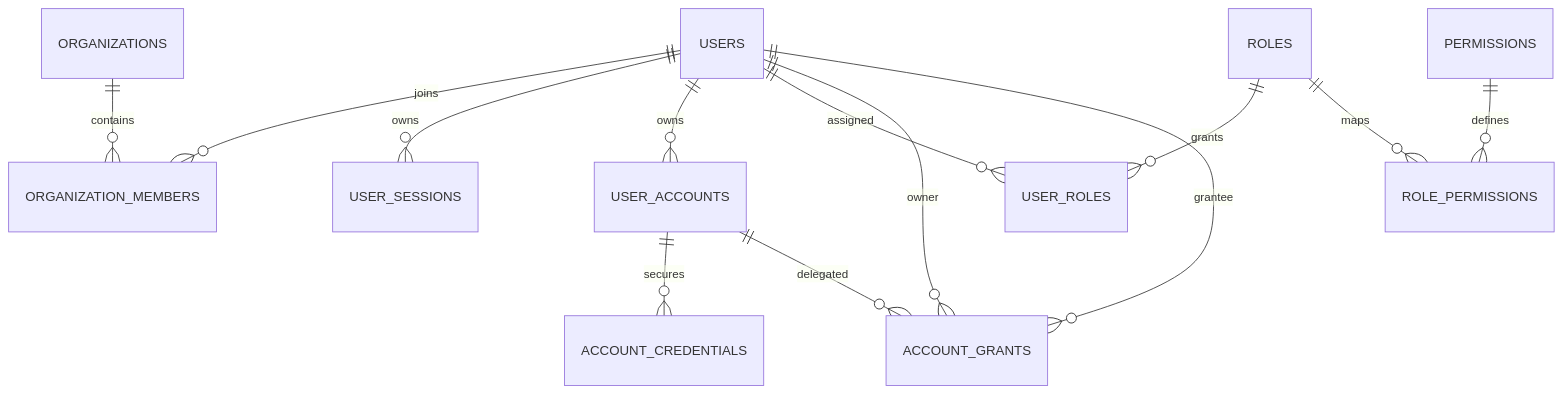
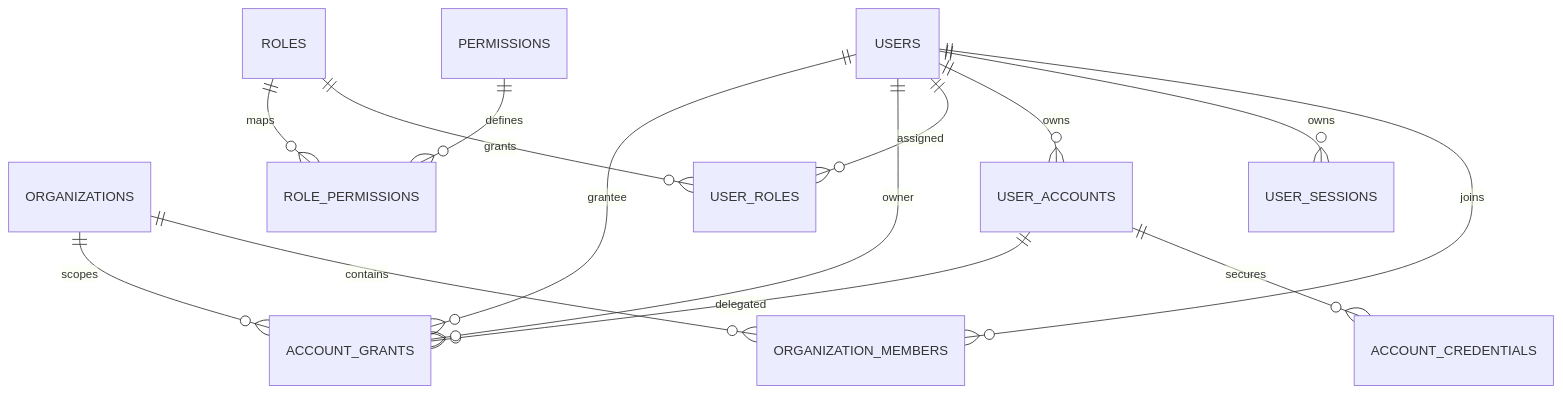
Before and after one commit to ananh888846/workspace_ai_agent: the first of 5 diagrams in docs/ERD_V2.md, drawn with Mermaid. The commit also changed other lines of this file, not shown here.

Commit message:
docs: align V2.1 ERD with tenant-scoped grants and packages

````diff
--- a/docs/ERD_V2.md
+++ b/docs/ERD_V2.md
@@ -7,15 +7,16 @@
 ```mermaid
 erDiagram
     USERS ||--o{ ORGANIZATION_MEMBERS : joins
     ORGANIZATIONS ||--o{ ORGANIZATION_MEMBERS : contains
     USERS ||--o{ USER_SESSIONS : owns
     USERS ||--o{ USER_ACCOUNTS : owns
     USER_ACCOUNTS ||--o{ ACCOUNT_CREDENTIALS : secures
     USERS ||--o{ USER_ROLES : assigned
     ROLES ||--o{ USER_ROLES : grants
     ROLES ||--o{ ROLE_PERMISSIONS : maps
     PERMISSIONS ||--o{ ROLE_PERMISSIONS : defines
     USER_ACCOUNTS ||--o{ ACCOUNT_GRANTS : delegated
+    ORGANIZATIONS ||--o{ ACCOUNT_GRANTS : scopes
     USERS ||--o{ ACCOUNT_GRANTS : owner
     USERS ||--o{ ACCOUNT_GRANTS : grantee
 ```
````
